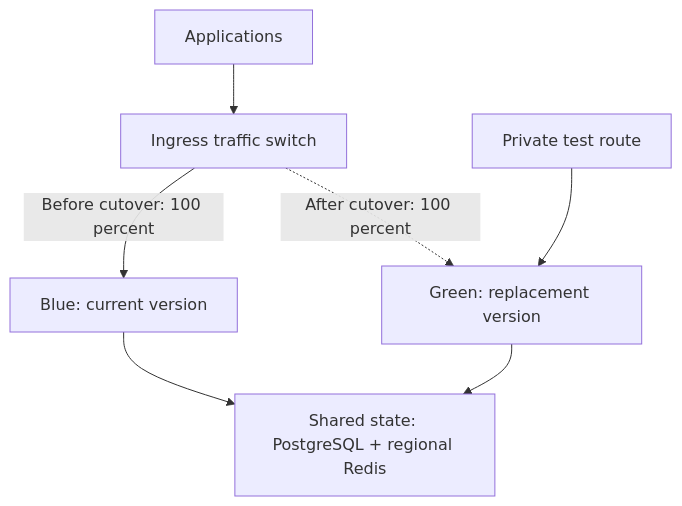
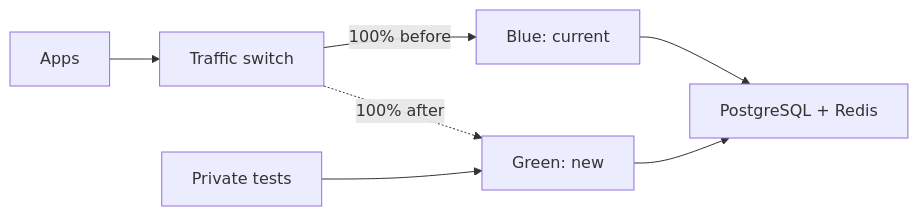
Before and after one commit to BerriAI/litellm-docs: the diagram in docs/proxy/deploy/ha/blue_green.md, drawn with Mermaid. The commit also changed 12 other files, not shown here.

Commit message:
docs: compact architecture diagrams for laptop viewing

````diff
--- a/docs/proxy/deploy/ha/blue_green.md
+++ b/docs/proxy/deploy/ha/blue_green.md
@@ -13,9 +13,9 @@
 ```mermaid
-flowchart TB
-    Clients[Applications] --> Ingress[Ingress traffic switch]
-    Ingress -->|Before cutover: 100 percent| Blue[Blue: current version]
-    Ingress -.->|After cutover: 100 percent| Green[Green: replacement version]
-    Tests[Private test route] --> Green
-    Blue --> State[Shared state: PostgreSQL + regional Redis]
+flowchart LR
+    Clients[Apps] --> Ingress[Traffic switch]
+    Ingress -->|100% before| Blue[Blue: current]
+    Ingress -.->|100% after| Green[Green: new]
+    Tests[Private tests] --> Green
+    Blue --> State[PostgreSQL + Redis]
     Green --> State
 ```
````
